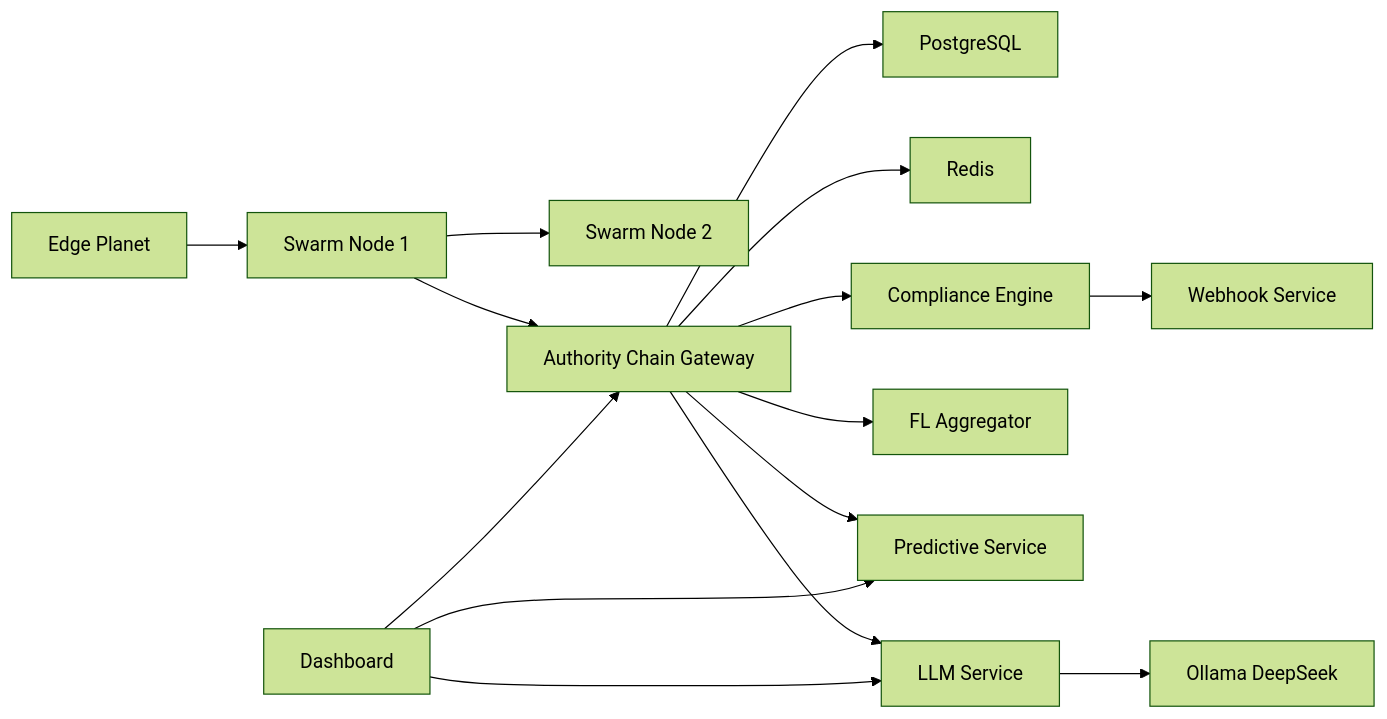
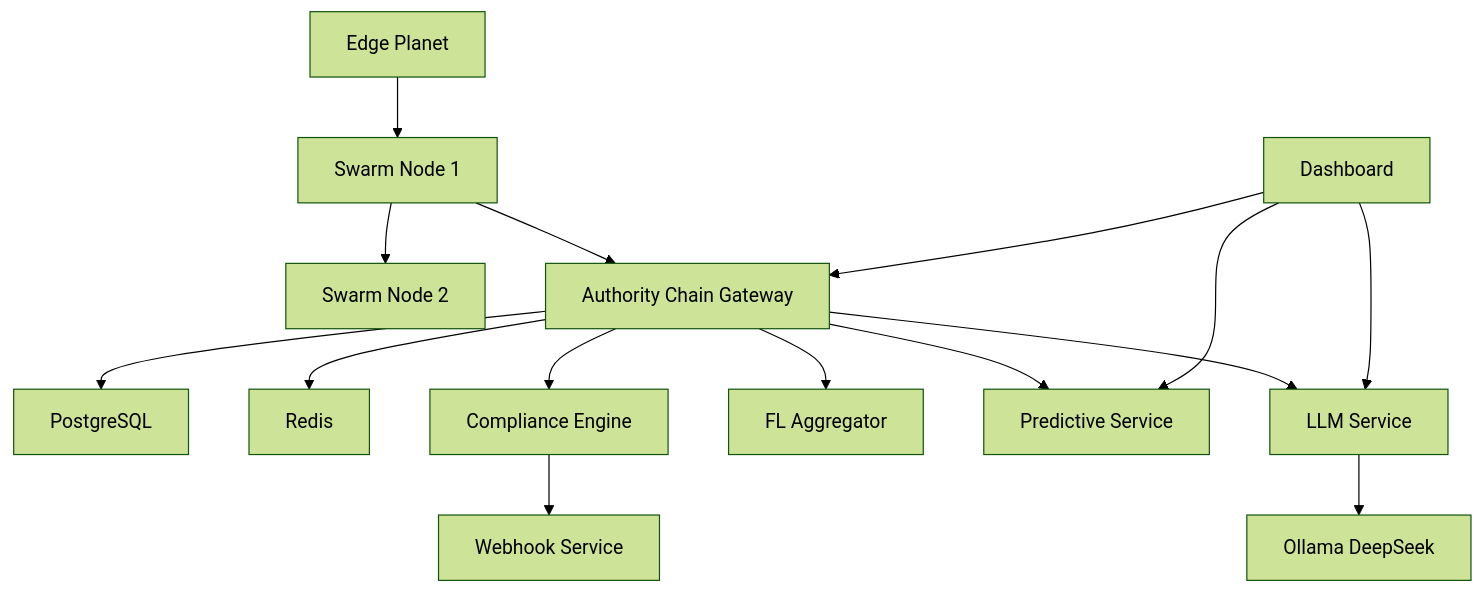
Before and after one commit to honeyamn10-source/galaxy_mvp: the diagram in README.md, drawn with Mermaid (forest theme). The commit also changed other lines of this file, not shown here.

````diff
--- a/README.md
+++ b/README.md
@@ -39,17 +37,17 @@
 ```mermaid
-flowchart LR
+flowchart TD
   EP[Edge Planet] --> SN1[Swarm Node 1]
   SN1 --> SN2[Swarm Node 2]
   SN1 --> AC[Authority Chain Gateway]
   AC --> DB[PostgreSQL]
   AC --> RD[Redis]
   AC --> CE[Compliance Engine]
   CE --> WS[Webhook Service]
   AC --> FL[FL Aggregator]
   AC --> PR[Predictive Service]
   AC --> LLM[LLM Service]
   LLM --> OLL[Ollama DeepSeek]
   FE[Dashboard] --> AC
   FE --> PR
   FE --> LLM
 ```
````
